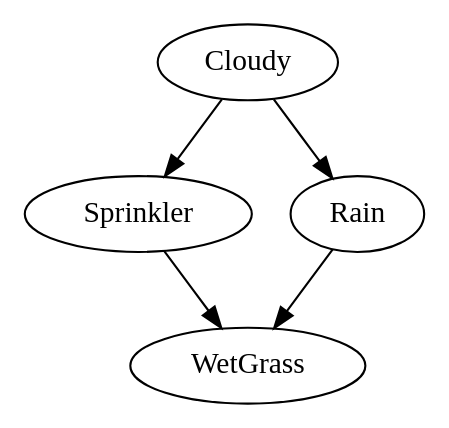
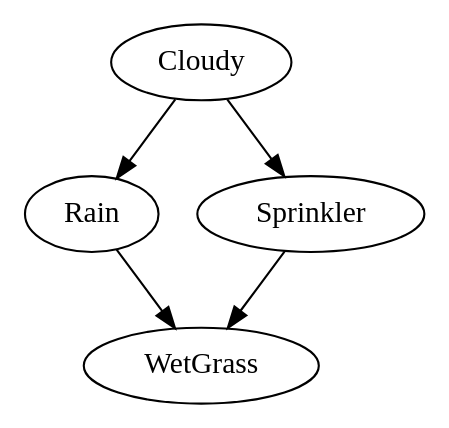
One commit to artiste-qb-net/quantum-fog changed the diagram in examples_cbnets/WetGrass.dot. Above: the diagram before and after it, drawn with Graphviz. The commit also changed other lines of this file and 7 other files, not shown here.

```diff
--- a/examples_cbnets/WetGrass.dot
+++ b/examples_cbnets/WetGrass.dot
@@ -1,10 +1,10 @@
 strict digraph G {
-Cloudy;
-Sprinkler;
 WetGrass;
 Rain;
+Sprinkler;
+Cloudy;
+Rain -> WetGrass;
+Sprinkler -> WetGrass;
+Cloudy -> Rain;
 Cloudy -> Sprinkler;
-Cloudy -> Rain;
-Sprinkler -> WetGrass;
-Rain -> WetGrass;
 }
```
